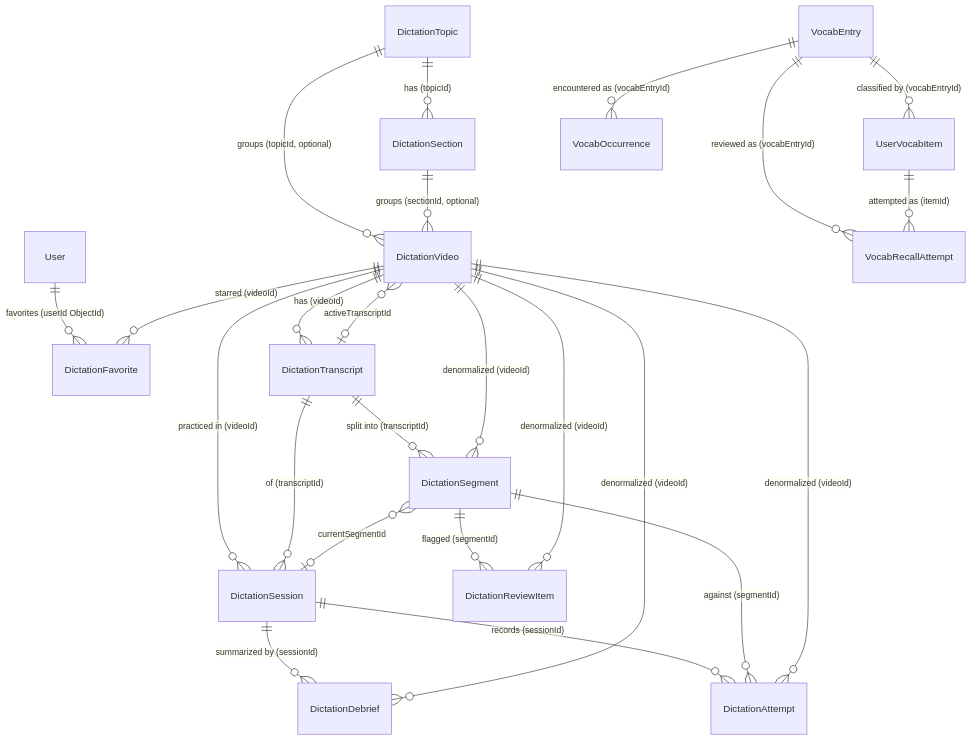
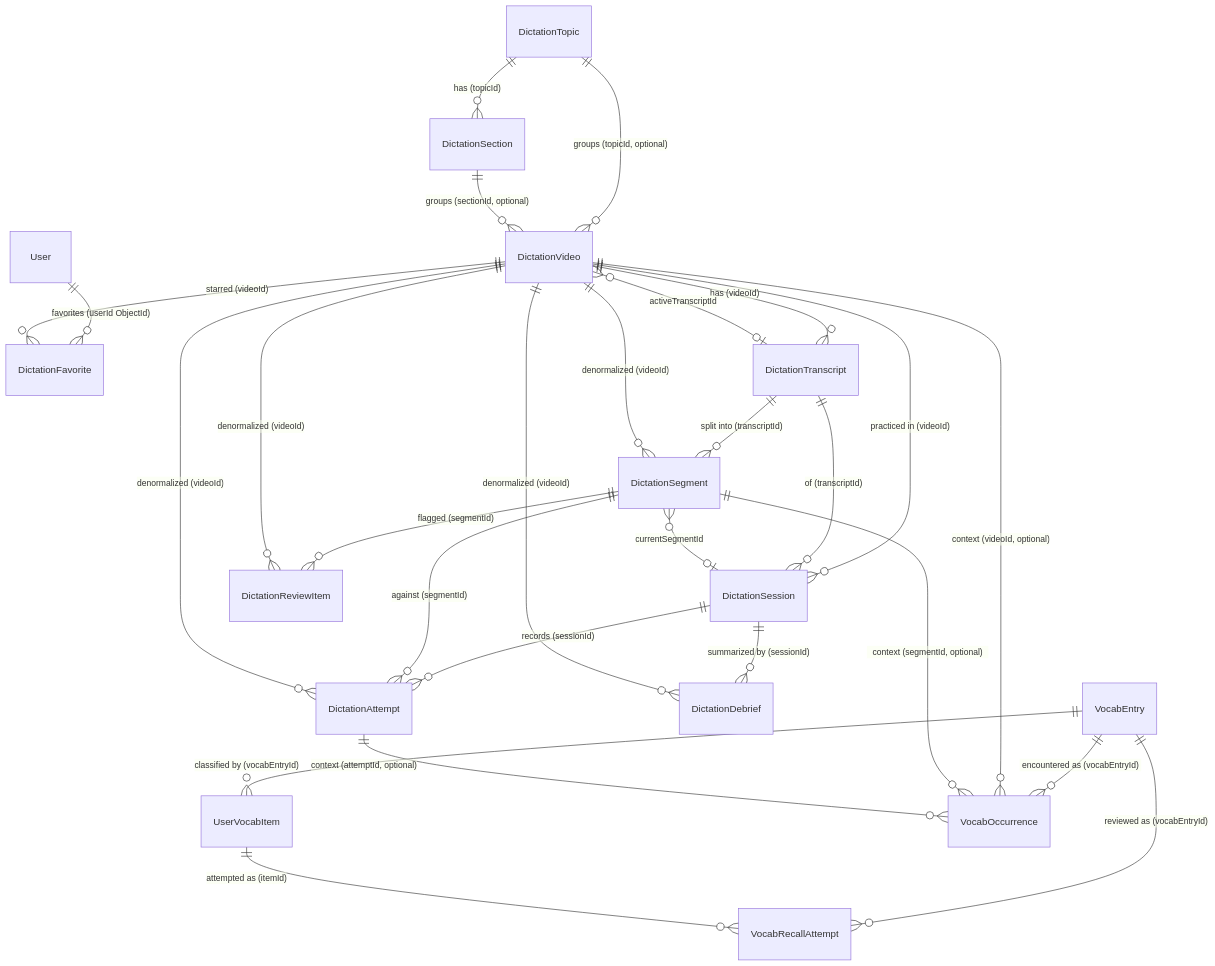
One commit to NaKMiers/English_For_Only_Me changed the diagram in docs/03-data-model.md. Above: the diagram before and after it, drawn with Mermaid. The commit also changed other lines of this file and 11 other files, not shown here.

````diff
--- a/docs/03-data-model.md
+++ b/docs/03-data-model.md
@@ -57,34 +57,38 @@
 ```mermaid
 erDiagram
     User ||--o{ DictationFavorite : "favorites (userId ObjectId)"
 
     DictationTopic ||--o{ DictationSection : "has (topicId)"
     DictationTopic ||--o{ DictationVideo : "groups (topicId, optional)"
     DictationSection ||--o{ DictationVideo : "groups (sectionId, optional)"
 
     DictationVideo ||--o{ DictationTranscript : "has (videoId)"
     DictationVideo }o--o| DictationTranscript : "activeTranscriptId"
     DictationTranscript ||--o{ DictationSegment : "split into (transcriptId)"
     DictationVideo ||--o{ DictationSegment : "denormalized (videoId)"
 
     DictationVideo ||--o{ DictationSession : "practiced in (videoId)"
     DictationTranscript ||--o{ DictationSession : "of (transcriptId)"
     DictationSegment }o--o| DictationSession : "currentSegmentId"
 
     DictationSession ||--o{ DictationAttempt : "records (sessionId)"
     DictationSegment ||--o{ DictationAttempt : "against (segmentId)"
     DictationVideo ||--o{ DictationAttempt : "denormalized (videoId)"
 
     DictationSegment ||--o{ DictationReviewItem : "flagged (segmentId)"
     DictationVideo ||--o{ DictationReviewItem : "denormalized (videoId)"
 
     DictationSession ||--o{ DictationDebrief : "summarized by (sessionId)"
     DictationVideo ||--o{ DictationDebrief : "denormalized (videoId)"
 
     DictationVideo ||--o{ DictationFavorite : "starred (videoId)"
 
     VocabEntry ||--o{ UserVocabItem : "classified by (vocabEntryId)"
     VocabEntry ||--o{ VocabOccurrence : "encountered as (vocabEntryId)"
     VocabEntry ||--o{ VocabRecallAttempt : "reviewed as (vocabEntryId)"
     UserVocabItem ||--o{ VocabRecallAttempt : "attempted as (itemId)"
+
+    DictationVideo ||--o{ VocabOccurrence : "context (videoId, optional)"
+    DictationSegment ||--o{ VocabOccurrence : "context (segmentId, optional)"
+    DictationAttempt ||--o{ VocabOccurrence : "context (attemptId, optional)"
 ```
````
